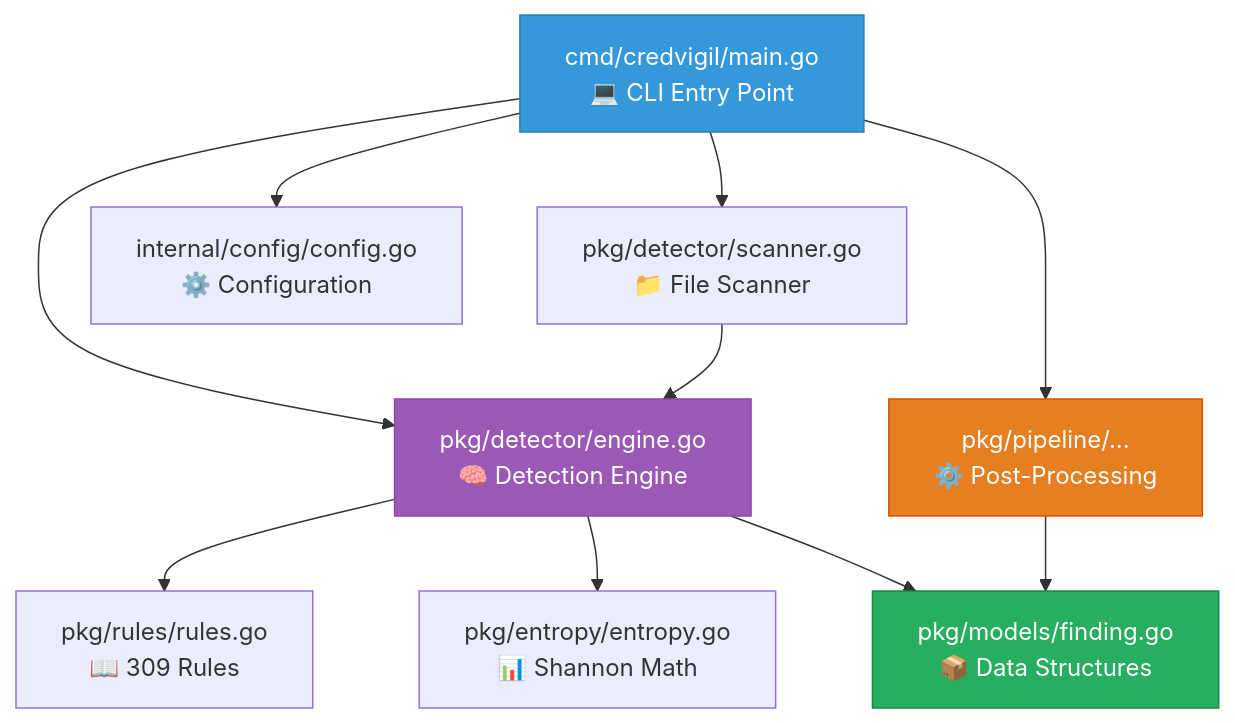
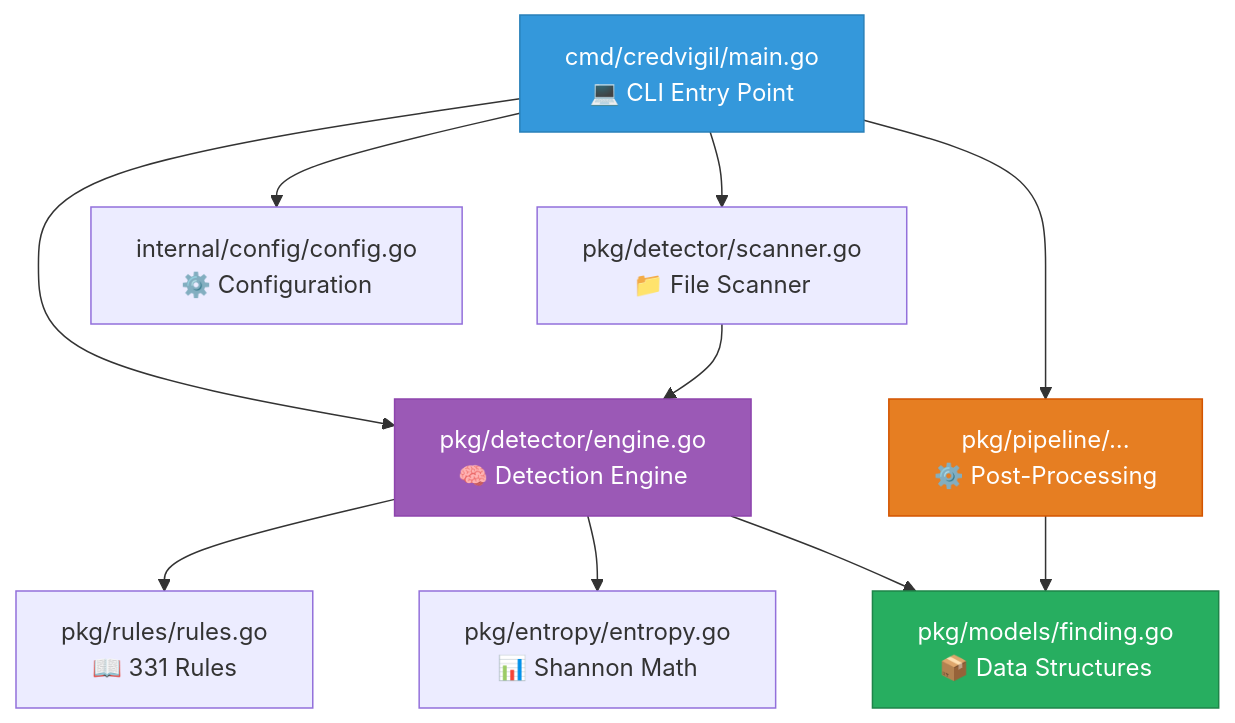
Before and after one commit to svemulapati/CredVigil: diagram 31 of 37 in docs/training/01-core-detection-engine.md, drawn with Mermaid. The commit also changed other lines of this file and 5 other files, not shown here.

````diff
--- a/docs/training/01-core-detection-engine.md
+++ b/docs/training/01-core-detection-engine.md
@@ -1621,16 +1621,16 @@
 ```mermaid
 flowchart TD
     CLI["cmd/credvigil/main.go\n💻 CLI Entry Point"] --> ENG["pkg/detector/engine.go\n🧠 Detection Engine"]
     CLI --> SCN["pkg/detector/scanner.go\n📁 File Scanner"]
     SCN --> ENG
-    ENG --> RUL["pkg/rules/rules.go\n📖 309 Rules"]
+    ENG --> RUL["pkg/rules/rules.go\n📖 331 Rules"]
     ENG --> ENT["pkg/entropy/entropy.go\n📊 Shannon Math"]
     ENG --> MOD["pkg/models/finding.go\n📦 Data Structures"]
     CLI --> PIP["pkg/pipeline/...\n⚙️ Post-Processing"]
     PIP --> MOD
     CLI --> CFG["internal/config/config.go\n⚙️ Configuration"]
     style CLI fill:#3498DB,stroke:#2980B9,color:#fff
     style ENG fill:#9B59B6,stroke:#8E44AD,color:#fff
     style PIP fill:#E67E22,stroke:#D35400,color:#fff
     style MOD fill:#27AE60,stroke:#1E8449,color:#fff
 ```
````
